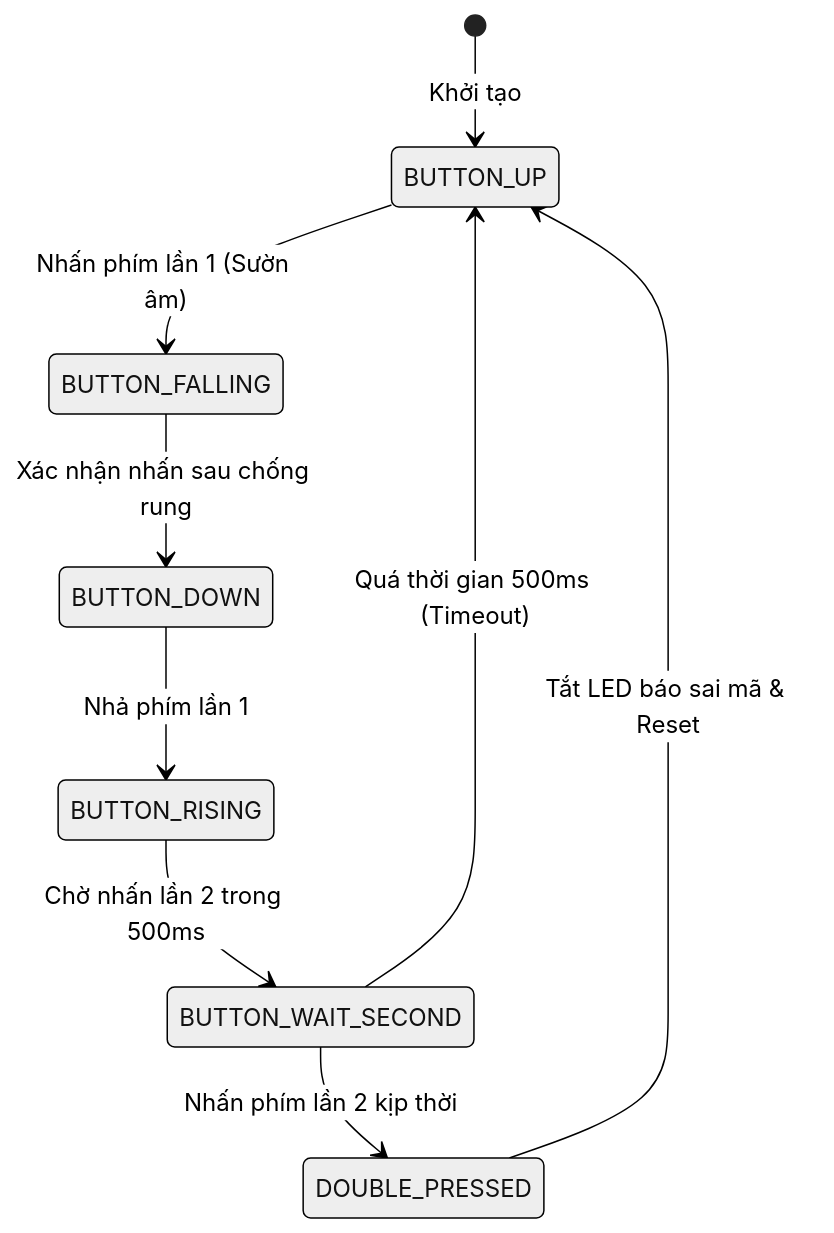
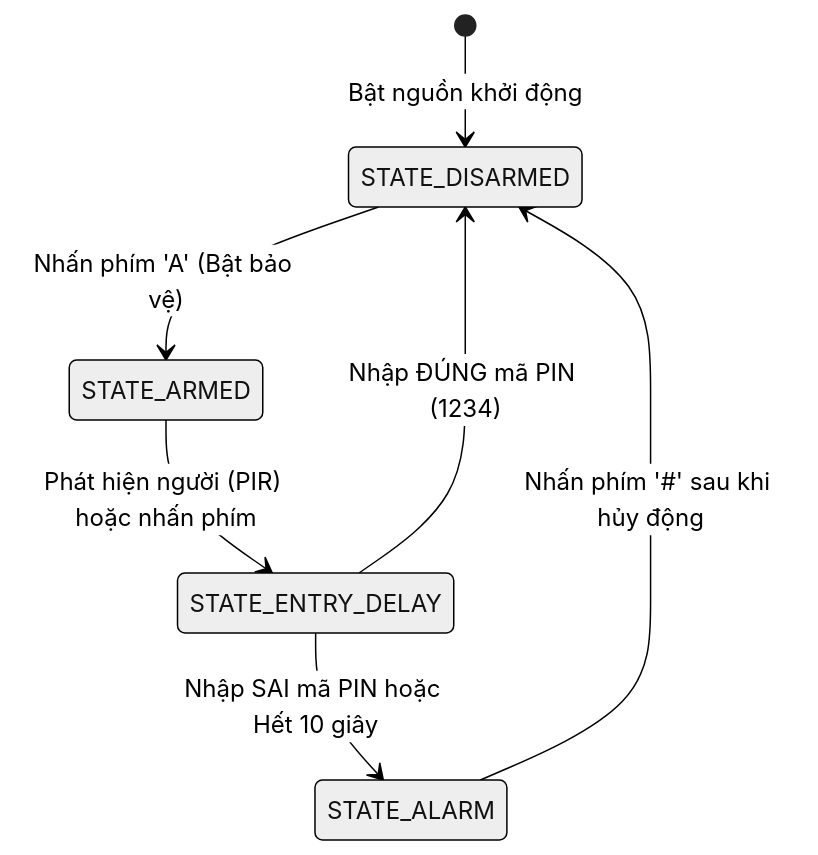
One commit to Phanngocky/GNNV changed the diagram in 01 - Projects/Giao_Trinh_Dieu_Khien_Ngoai_Vi/Chuong_04_May_Trang_Thai_FSM_Va_RTC/Noi_Dung_Chuong_04.md. Above: the diagram before and after it, drawn with Mermaid (neutral theme). The commit also changed other lines of this file and 11 other files, not shown here.

Commit message:
docs: enrich comprehensive theoretical foundations, circuit schematics, and master pinout tables across all textbook chapters

````diff
--- a/01 - Projects/Giao_Trinh_Dieu_Khien_Ngoai_Vi/Chuong_04_May_Trang_Thai_FSM_Va_RTC/Noi_Dung_Chuong_04.md
+++ b/01 - Projects/Giao_Trinh_Dieu_Khien_Ngoai_Vi/Chuong_04_May_Trang_Thai_FSM_Va_RTC/Noi_Dung_Chuong_04.md
@@ -49,11 +25,13 @@
 ```mermaid
 stateDiagram-v2
-    [*] --> BUTTON_UP: Khởi tạo
-    BUTTON_UP --> BUTTON_FALLING: Nhấn phím lần 1 (Sườn âm)
-    BUTTON_FALLING --> BUTTON_DOWN: Xác nhận nhấn sau chống rung
-    BUTTON_DOWN --> BUTTON_RISING: Nhả phím lần 1
-    BUTTON_RISING --> BUTTON_WAIT_SECOND: Chờ nhấn lần 2 trong 500ms
-    BUTTON_WAIT_SECOND --> BUTTON_UP: Quá thời gian 500ms (Timeout)
-    BUTTON_WAIT_SECOND --> DOUBLE_PRESSED: Nhấn phím lần 2 kịp thời
-    DOUBLE_PRESSED --> BUTTON_UP: Tắt LED báo sai mã & Reset
+    [*] --> STATE_DISARMED: Bật nguồn khởi động
+    
+    STATE_DISARMED --> STATE_ARMED: Nhấn phím 'A' (Bật bảo vệ)
+    
+    STATE_ARMED --> STATE_ENTRY_DELAY: Phát hiện người (PIR) hoặc nhấn phím
+    
+    STATE_ENTRY_DELAY --> STATE_DISARMED: Nhập ĐÚNG mã PIN (1234)
+    STATE_ENTRY_DELAY --> STATE_ALARM: Nhập SAI mã PIN hoặc Hết 10 giây
+    
+    STATE_ALARM --> STATE_DISARMED: Nhấn phím '#' sau khi hủy động
 ```
````
